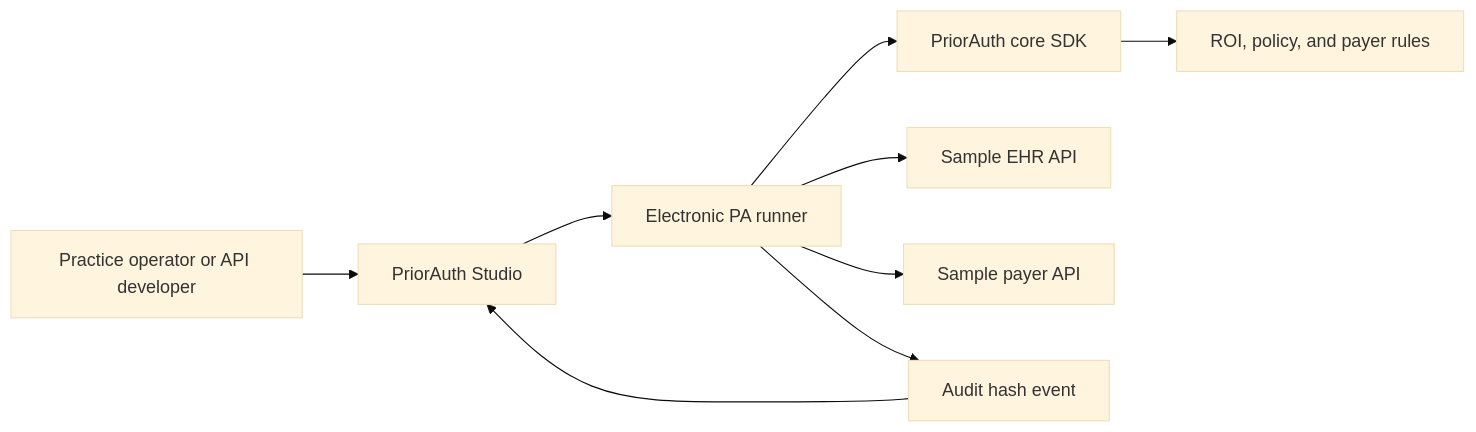
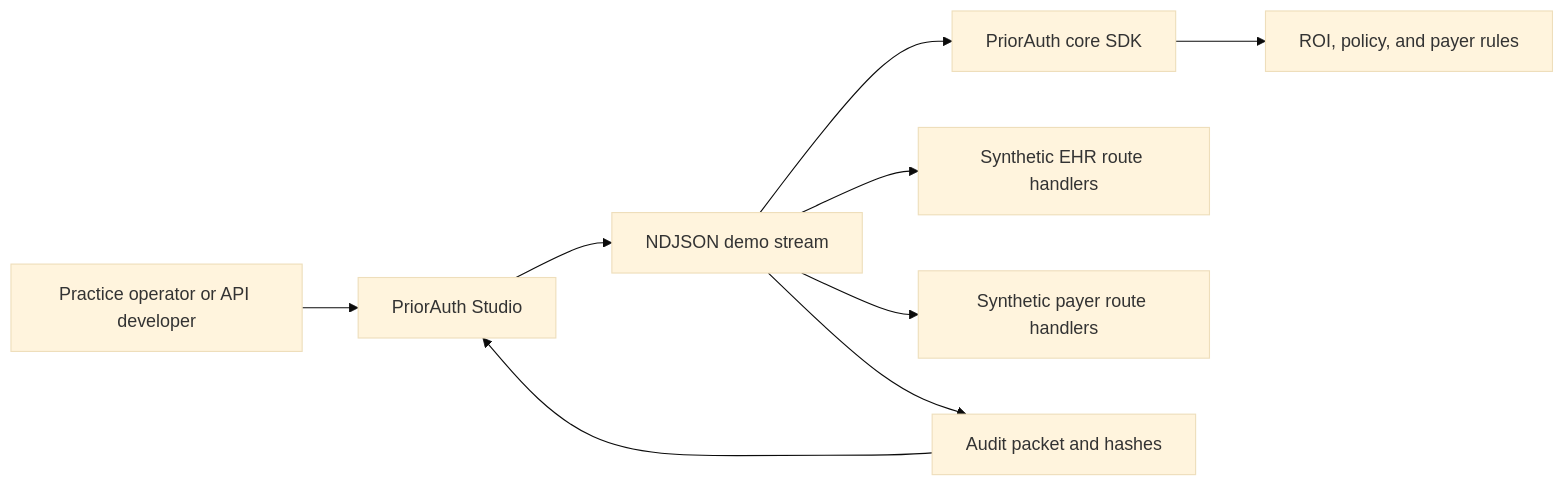
The second of 4 diagrams in README.md (roshaninfordham/healthagentpassport), drawn with Mermaid (base theme) before and after one commit. The commit also changed other lines of this file and 34 other files, not shown here.

````diff
--- a/README.md
+++ b/README.md
@@ -91,11 +95,11 @@
 ```mermaid
 flowchart LR
   User["Practice operator or API developer"] --> Studio["PriorAuth Studio"]
-  Studio --> Runner["Electronic PA runner"]
+  Studio --> Runner["NDJSON demo stream"]
   Runner --> Core["PriorAuth core SDK"]
-  Runner --> EHR["Sample EHR API"]
-  Runner --> Payer["Sample payer API"]
+  Runner --> EHR["Synthetic EHR route handlers"]
+  Runner --> Payer["Synthetic payer route handlers"]
   Core --> Config["ROI, policy, and payer rules"]
-  Runner --> Audit["Audit hash event"]
+  Runner --> Audit["Audit packet and hashes"]
   Audit --> Studio
 ```
````
